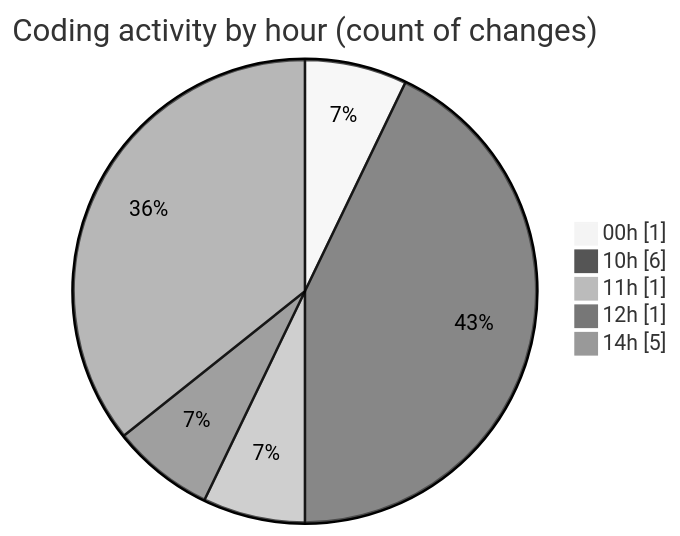
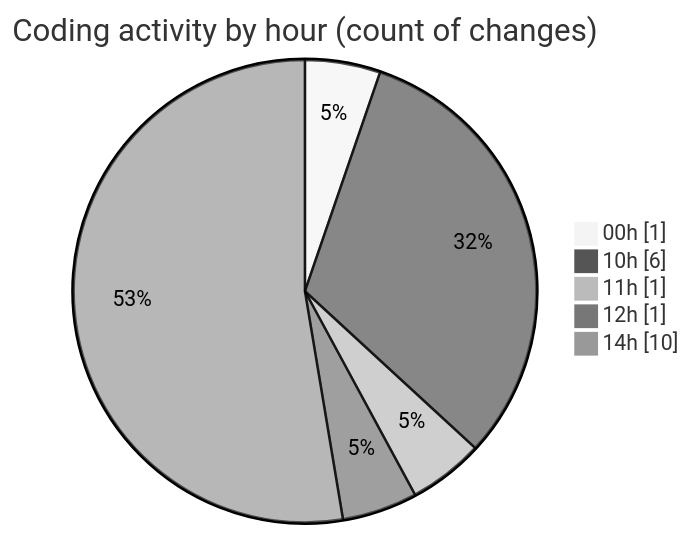
Before and after one commit to JenPaints/code-tracking: the second of 2 diagrams in 2025-07-25/cohera/README.md, drawn with Mermaid (neutral theme). The commit also changed other lines of this file and 1 other file, not shown here.

````diff
--- a/2025-07-25/cohera/README.md
+++ b/2025-07-25/cohera/README.md
@@ -38,9 +39,9 @@
 ```mermaid
 pie showData
 title Coding activity by hour (count of changes)
 "00h" : 1
 "10h" : 6
 "11h" : 1
 "12h" : 1
-"14h" : 5
+"14h" : 10
 ```
````
